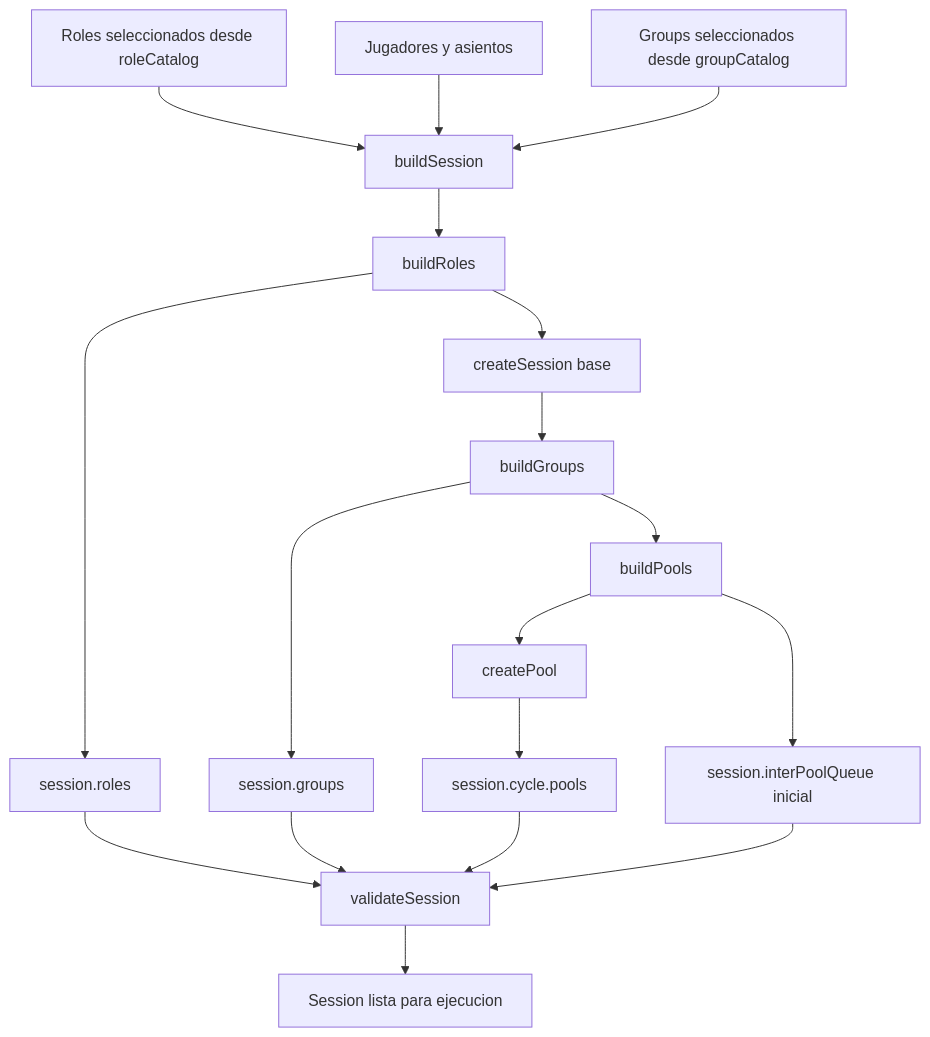
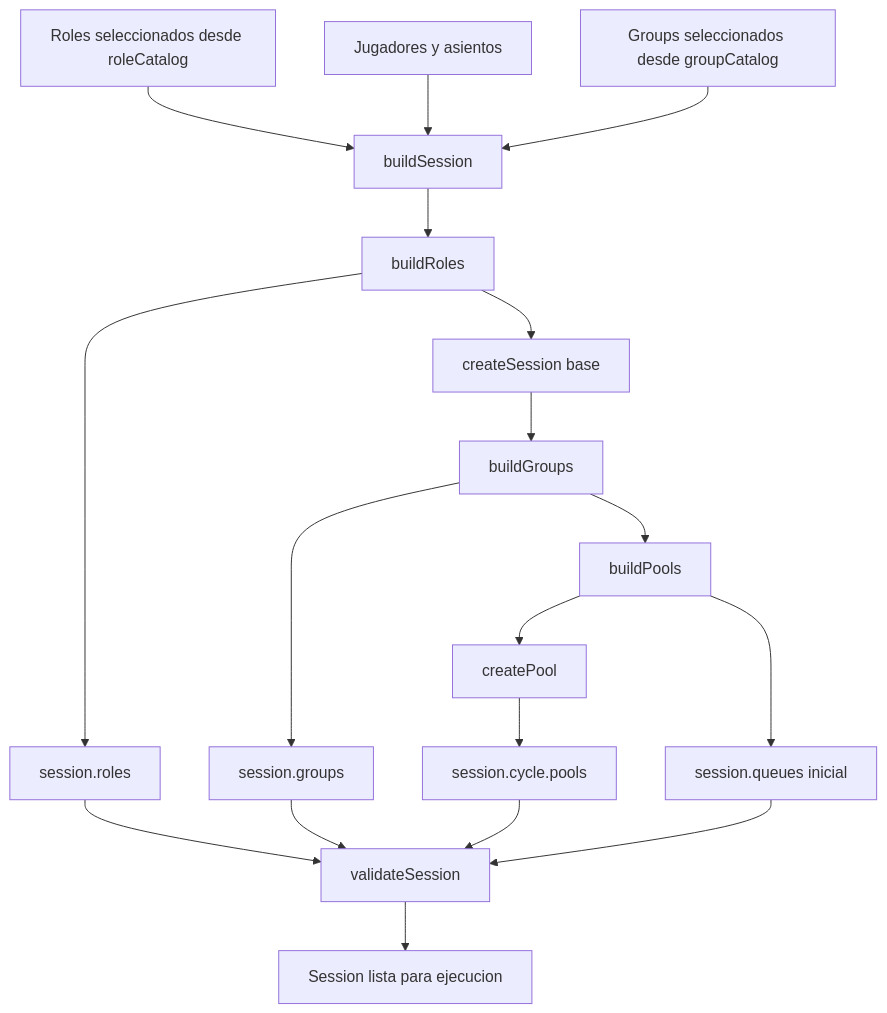
The second of 14 diagrams in docs/engine_flow_map.md (juanramonmorandeira/castronegro-director), drawn with Mermaid before and after one commit. The commit also changed other lines of this file and 50 other files, not shown here.

Commit message:
Catalog pools and inter-pool queues

````diff
--- a/docs/engine_flow_map.md
+++ b/docs/engine_flow_map.md
@@ -110,36 +110,36 @@
 ```mermaid
 flowchart TD
   A[Roles seleccionados desde roleCatalog]
   B[Jugadores y asientos]
   C[Groups seleccionados desde groupCatalog]
   E[buildSession]
   F[buildRoles]
   J[createSession base]
   G[buildGroups]
   H[buildPools]
   I[createPool]
   K[validateSession]
   L[session.roles]
   M[session.groups]
   N[session.cycle.pools]
-  P[session.interPoolQueue inicial]
+  P[session.queues inicial]
   O[Session lista para ejecucion]
 
   A --> E
   B --> E
   C --> E
   E --> F
   F --> J
   J --> G
   G --> H
   H --> I
   H --> P
   F --> L
   G --> M
   I --> N
   L --> K
   M --> K
   N --> K
   P --> K
   K --> O
 ```
````
